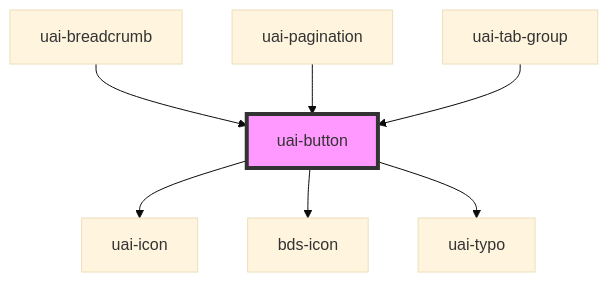
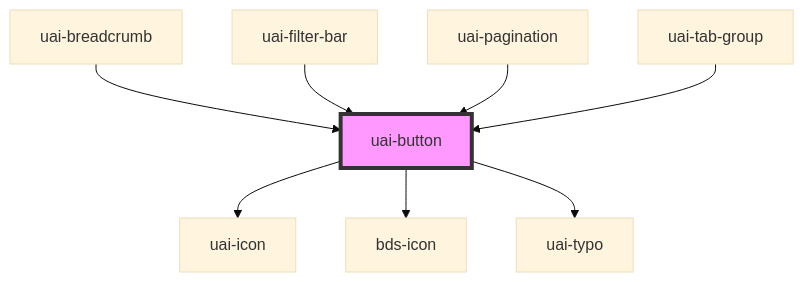
Before and after one commit to takenet/blip-ds: the diagram in src/components/uai-button/readme.md, drawn with Mermaid (base theme). The commit also changed other lines of this file and 364 other files, not shown here.

````diff
--- a/src/components/uai-button/readme.md
+++ b/src/components/uai-button/readme.md
@@ -186,10 +187,11 @@
 ```mermaid
 graph TD;
   uai-button --> uai-icon
   uai-button --> bds-icon
   uai-button --> uai-typo
   uai-breadcrumb --> uai-button
+  uai-filter-bar --> uai-button
   uai-pagination --> uai-button
   uai-tab-group --> uai-button
   style uai-button fill:#f9f,stroke:#333,stroke-width:4px
 ```
````
